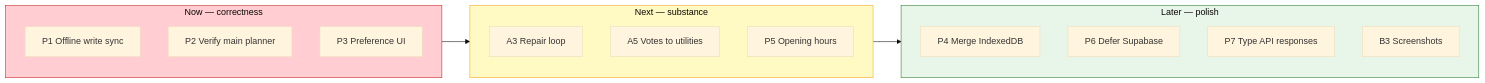
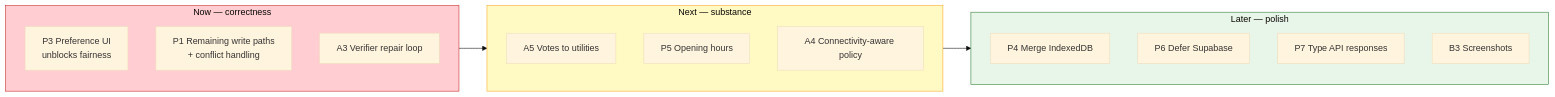
Before and after one commit to HarshTambade/Radiator-Routes: the diagram in docs/BACKLOG.md, drawn with Mermaid (base theme). The commit also changed other lines of this file and 11 other files, not shown here.

````diff
--- a/docs/BACKLOG.md
+++ b/docs/BACKLOG.md
@@ -195,24 +200,24 @@
 ```mermaid
 flowchart LR
     subgraph NOW["Now — correctness"]
-        P1["P1 Offline write sync"]
-        P2["P2 Verify main planner"]
-        P3["P3 Preference UI"]
+        P3["P3 Preference UI<br/>unblocks fairness"]
+        P1["P1 Remaining write paths<br/>+ conflict handling"]
+        A3["A3 Verifier repair loop"]
     end
     subgraph NEXT["Next — substance"]
-        A3["A3 Repair loop"]
         A5["A5 Votes to utilities"]
         P5["P5 Opening hours"]
+        A4["A4 Connectivity-aware policy"]
     end
     subgraph LATER["Later — polish"]
         P4["P4 Merge IndexedDB"]
         P6["P6 Defer Supabase"]
         P7["P7 Type API responses"]
         B3["B3 Screenshots"]
     end
     NOW --> NEXT --> LATER
 
     style NOW fill:#ffcdd2,stroke:#c62828
     style NEXT fill:#fff9c4,stroke:#f9a825
     style LATER fill:#e8f5e9,stroke:#2e7d32
 ```
````
